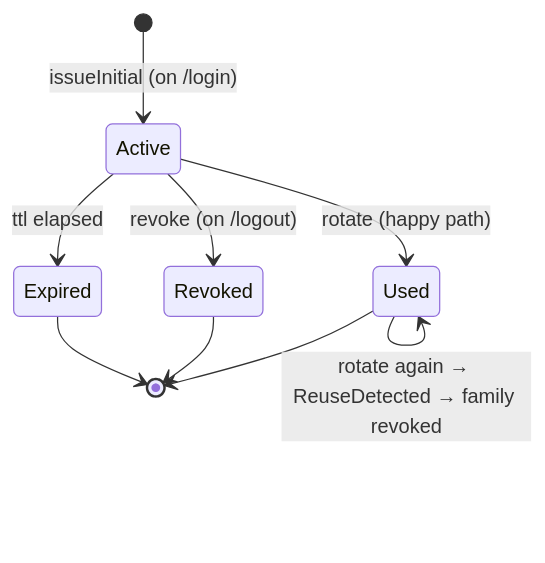
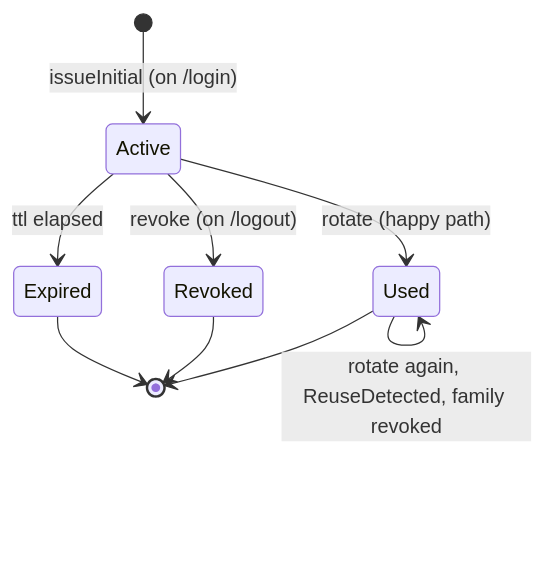
The third of 3 diagrams in README.md (isnow-git/keystone-auth), drawn with Mermaid before and after one commit.

Commit message:
fix(docs): replace unicode arrows with commas in state diagram
GitHub's Mermaid renderer is conservative with non-ASCII in edge labels;
swap the U+2192 arrows for plain commas to be safe.

````diff
--- a/README.md
+++ b/README.md
@@ -135,11 +135,11 @@
 ```mermaid
 stateDiagram-v2
     [*] --> Active : issueInitial (on /login)
     Active --> Used : rotate (happy path)
-    Used --> Used : rotate again → ReuseDetected → family revoked
+    Used --> Used : rotate again, ReuseDetected, family revoked
     Active --> Revoked : revoke (on /logout)
     Active --> Expired : ttl elapsed
     Used --> [*]
     Revoked --> [*]
     Expired --> [*]
 ```
````
